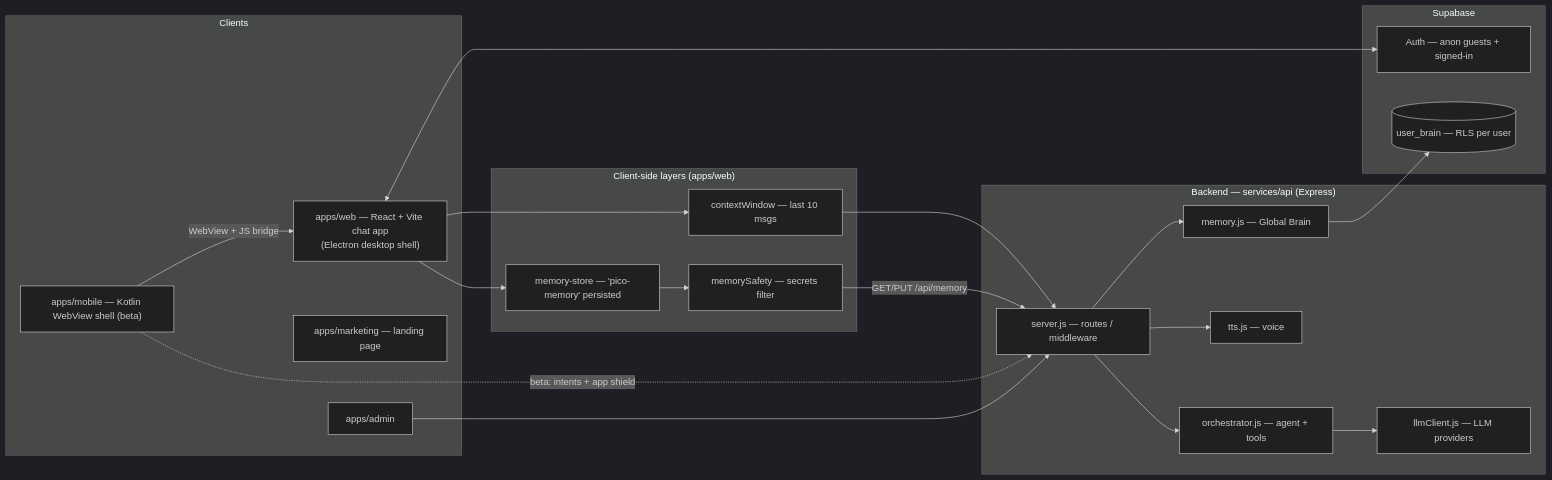
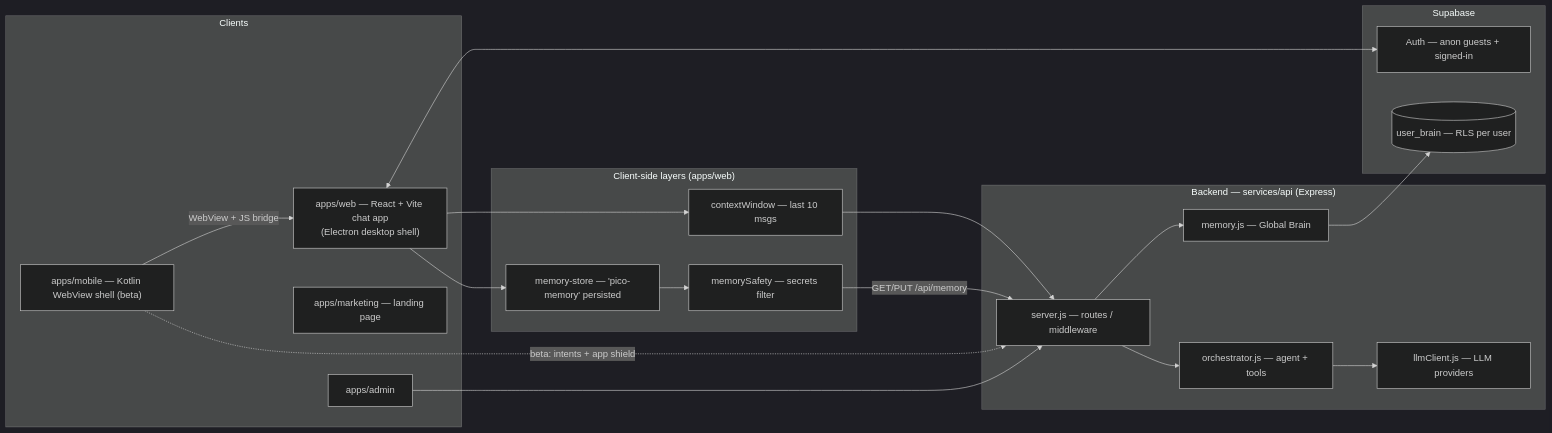
One commit to BrixoByte/askpico changed the diagram in architecture/diagram.mmd. Above: the diagram before and after it, drawn with Mermaid (dark theme). The commit also changed 111 other files, not shown here.

```diff
--- a/architecture/diagram.mmd
+++ b/architecture/diagram.mmd
@@ -1,56 +1,53 @@
 %% title: Pico Architecture
 %% description: Clients, Express API, Supabase, and client-side memory layers
 %% owner: Pico core
 %% updated: 2026-11-09
 
 flowchart LR
     subgraph Clients["Clients"]
         Web["apps/web — React + Vite chat app<br/>(Electron desktop shell)"]
         Mkt["apps/marketing — landing page"]
         Adm["apps/admin"]
         Mob["apps/mobile — Kotlin WebView shell (beta)"]
     end
     %% @node Web role=client desc="React + Vite chat app" file="apps/web"
     %% @node Mkt role=client desc="Landing page" file="apps/marketing"
     %% @node Adm role=client desc="Admin app" file="apps/admin"
     %% @node Mob role=client desc="Kotlin WebView shell (beta)" file="apps/mobile"
 
     subgraph API["Backend — services/api (Express)"]
         SRV["server.js — routes / middleware"]
         ORCH["orchestrator.js — agent + tools"]
         LLMC["llmClient.js — LLM providers"]
-        TTS["tts.js — voice"]
         MEM["memory.js — Global Brain"]
     end
     %% @node SRV role=api desc="Express routes + middleware" file="services/api/src/server.js" %% TODO: confirm path
     %% @node ORCH role=agent desc="Agent loop and tool dispatch" file="services/api/src/orchestrator.js" %% TODO: confirm path
     %% @node LLMC role=llm desc="LLM provider client" file="services/api/src/llmClient.js" %% TODO: confirm path
-    %% @node TTS role=voice desc="Text to speech" file="services/api/src/tts.js" %% TODO: confirm path
     %% @node MEM role=memory desc="Global Brain, server side" file="services/api/src/memory.js"
 
     subgraph DB["Supabase"]
         AUTH["Auth — anon guests + signed-in"]
         BRAIN[("user_brain — RLS per user")]
     end
     %% @node AUTH role=auth desc="Anonymous guests and signed-in users" file="supabase/migrations/0001_init.sql" %% TODO: confirm path
     %% @node BRAIN role=db desc="Per-user memory table with RLS" file="supabase/migrations/0002_user_brain.sql"
 
     subgraph Layers["Client-side layers (apps/web)"]
         CTX["contextWindow — last 10 msgs"]
         MEMSTORE["memory-store — 'pico-memory' persisted"]
         FILT["memorySafety — secrets filter"]
     end
     %% @node CTX role=client-state desc="Last 10 thread messages" file="apps/web/utils/contextWindow.ts"
     %% @node MEMSTORE role=client-state desc="Persisted local memory store" file="apps/web/store/memory-store.ts"
     %% @node FILT role=safety desc="Filters secrets before sync" file="apps/web/utils/memorySafety.ts"
 
     Web --> CTX --> SRV
     SRV --> ORCH --> LLMC
     SRV --> MEM --> BRAIN
-    SRV --> TTS
     Web --> MEMSTORE --> FILT
     FILT -->|"GET/PUT /api/memory"| SRV
     Web <--> AUTH
     Mob -->|"WebView + JS bridge"| Web
     Mob -.->|"beta: intents + app shield"| SRV
     Adm --> SRV
```
